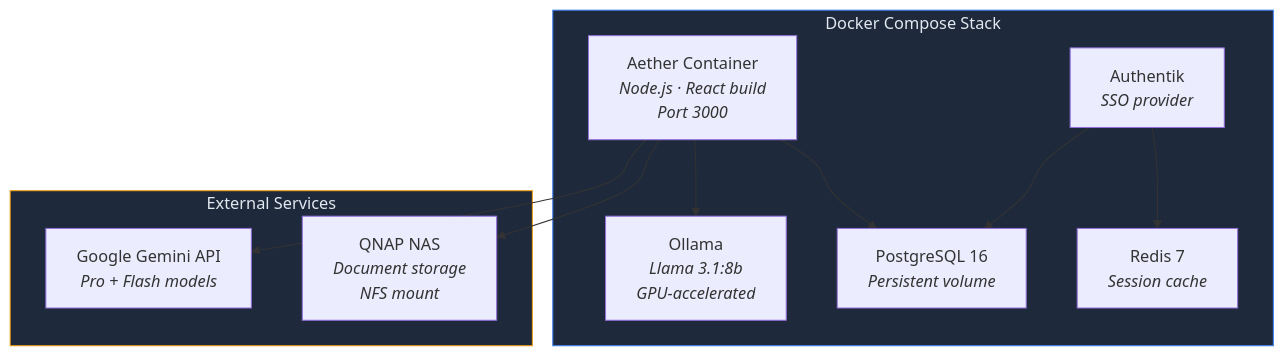
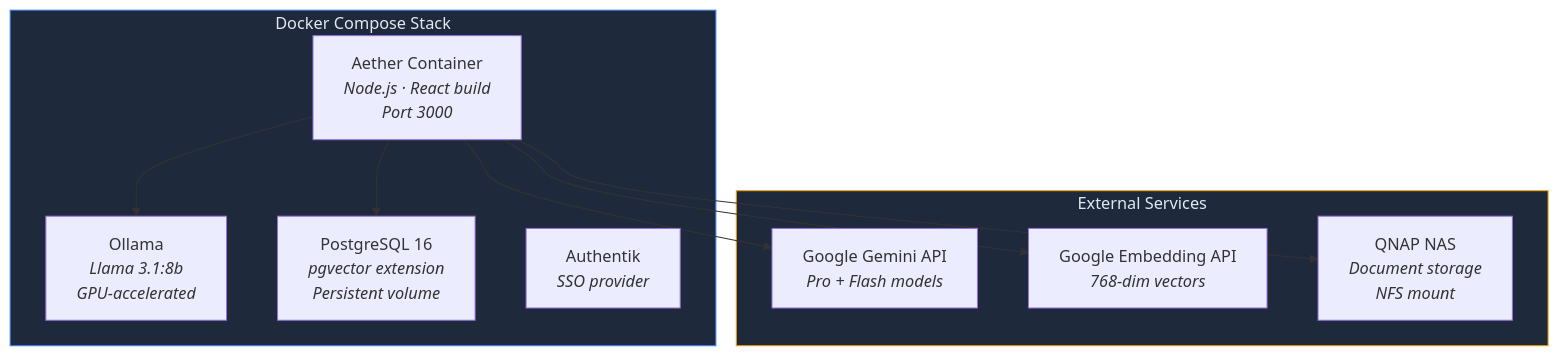
One commit to EolaFam1828/AetherLegalIntelligence changed diagram 11 of 11 in ARCHITECTURE.md. Above: the diagram before and after it, drawn with Mermaid. The commit also changed other lines of this file and 15 other files, not shown here.

````diff
--- a/ARCHITECTURE.md
+++ b/ARCHITECTURE.md
@@ -367,25 +494,24 @@
 ```mermaid
 flowchart TB
     subgraph DOCKER["Docker Compose Stack"]
         AETHER["Aether Container<br/><i>Node.js · React build<br/>Port 3000</i>"]
         OLLAMA["Ollama<br/><i>Llama 3.1:8b<br/>GPU-accelerated</i>"]
-        PG["PostgreSQL 16<br/><i>Persistent volume</i>"]
+        PG["PostgreSQL 16<br/><i>pgvector extension<br/>Persistent volume</i>"]
         AK["Authentik<br/><i>SSO provider</i>"]
-        REDIS["Redis 7<br/><i>Session cache</i>"]
     end
 
     subgraph EXTERNAL["External Services"]
         GEMINI["Google Gemini API<br/><i>Pro + Flash models</i>"]
+        GEMBED["Google Embedding API<br/><i>768-dim vectors</i>"]
         NAS["QNAP NAS<br/><i>Document storage<br/>NFS mount</i>"]
     end
 
     AETHER --> PG
     AETHER --> OLLAMA
     AETHER --> GEMINI
+    AETHER --> GEMBED
     AETHER --> NAS
-    AK --> PG
-    AK --> REDIS
 
     style DOCKER fill:#1e293b,stroke:#3b82f6,color:#e2e8f0
     style EXTERNAL fill:#1e293b,stroke:#f59e0b,color:#e2e8f0
 ```
````
